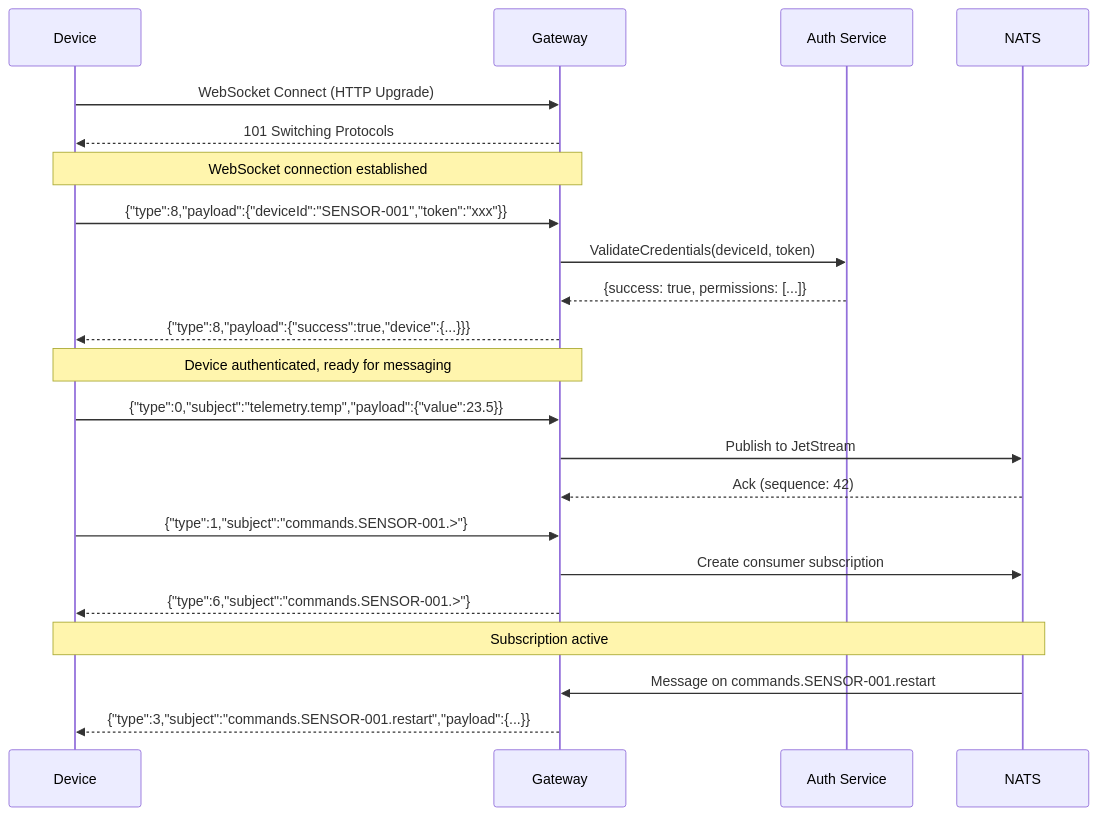
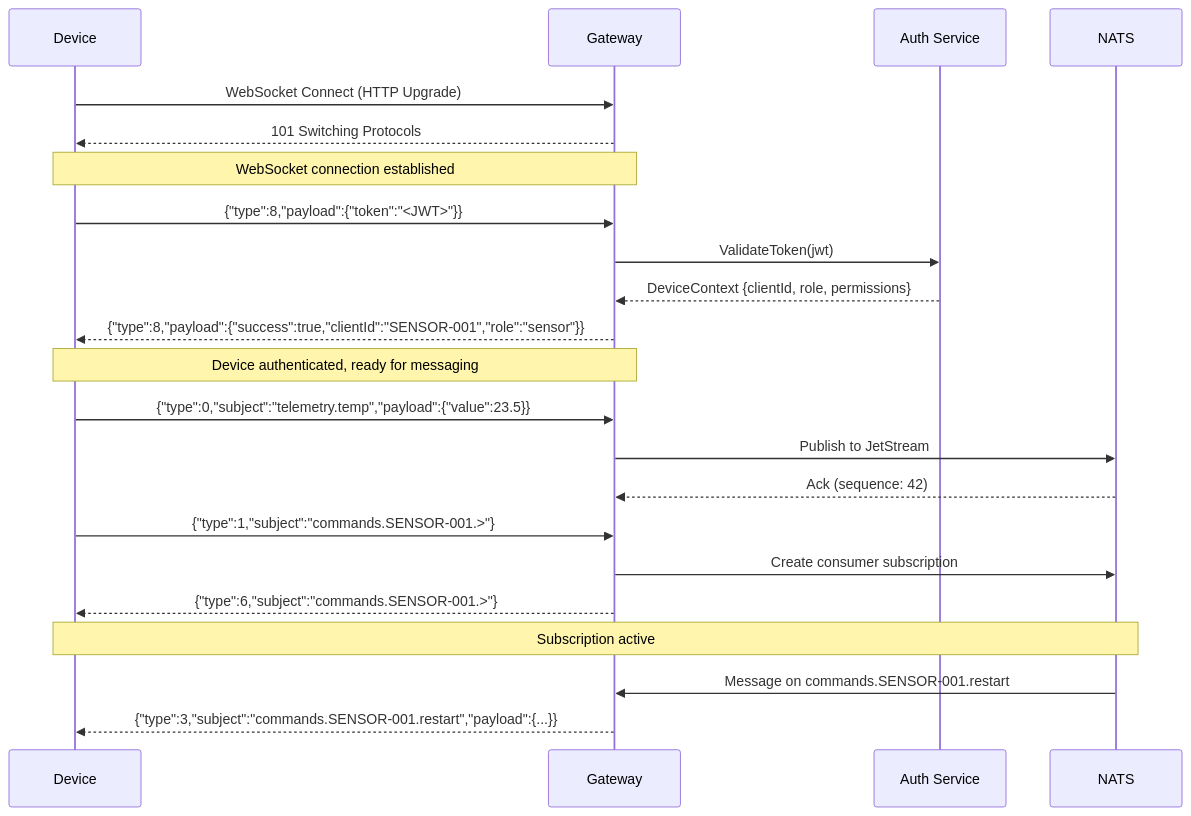
The third of 4 diagrams in docs/video/episodes/04-websocket-protocol/WS_DEVELOPER_TUTORIAL.md (jtayl222/nats-websocket-bridge), drawn with Mermaid before and after one commit. The commit also changed other lines of this file and 8 other files, not shown here.

````diff
--- a/docs/video/episodes/04-websocket-protocol/WS_DEVELOPER_TUTORIAL.md
+++ b/docs/video/episodes/04-websocket-protocol/WS_DEVELOPER_TUTORIAL.md
@@ -150,32 +150,32 @@
 ```mermaid
 sequenceDiagram
     participant D as Device
     participant G as Gateway
     participant A as Auth Service
     participant N as NATS
 
     D->>G: WebSocket Connect (HTTP Upgrade)
     G-->>D: 101 Switching Protocols
 
     Note over D,G: WebSocket connection established
 
-    D->>G: {"type":8,"payload":{"deviceId":"SENSOR-001","token":"xxx"}}
-    G->>A: ValidateCredentials(deviceId, token)
-    A-->>G: {success: true, permissions: [...]}
-    G-->>D: {"type":8,"payload":{"success":true,"device":{...}}}
+    D->>G: {"type":8,"payload":{"token":"<JWT>"}}
+    G->>A: ValidateToken(jwt)
+    A-->>G: DeviceContext {clientId, role, permissions}
+    G-->>D: {"type":8,"payload":{"success":true,"clientId":"SENSOR-001","role":"sensor"}}
 
     Note over D,G: Device authenticated, ready for messaging
 
     D->>G: {"type":0,"subject":"telemetry.temp","payload":{"value":23.5}}
     G->>N: Publish to JetStream
     N-->>G: Ack (sequence: 42)
 
     D->>G: {"type":1,"subject":"commands.SENSOR-001.>"}
     G->>N: Create consumer subscription
     G-->>D: {"type":6,"subject":"commands.SENSOR-001.>"}
 
     Note over D,N: Subscription active
 
     N->>G: Message on commands.SENSOR-001.restart
     G-->>D: {"type":3,"subject":"commands.SENSOR-001.restart","payload":{...}}
 ```
````
